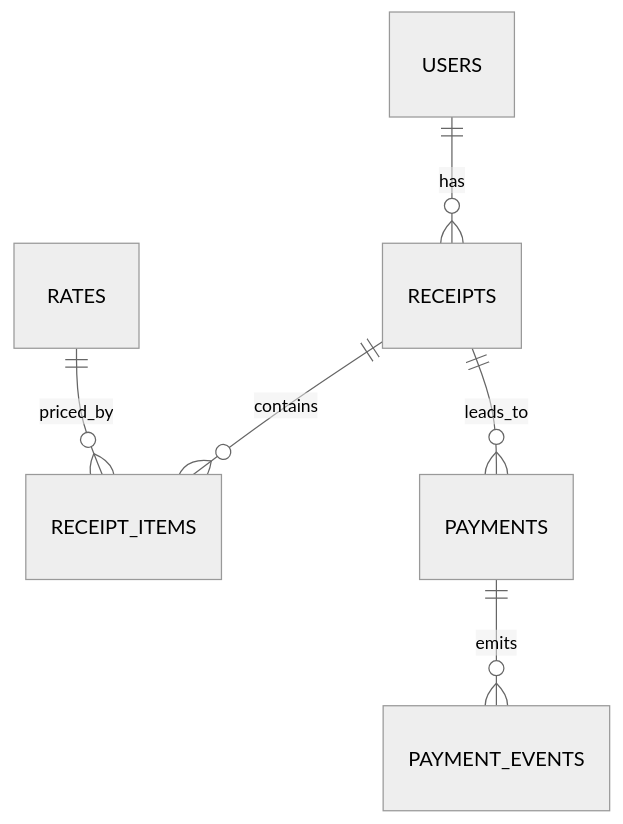
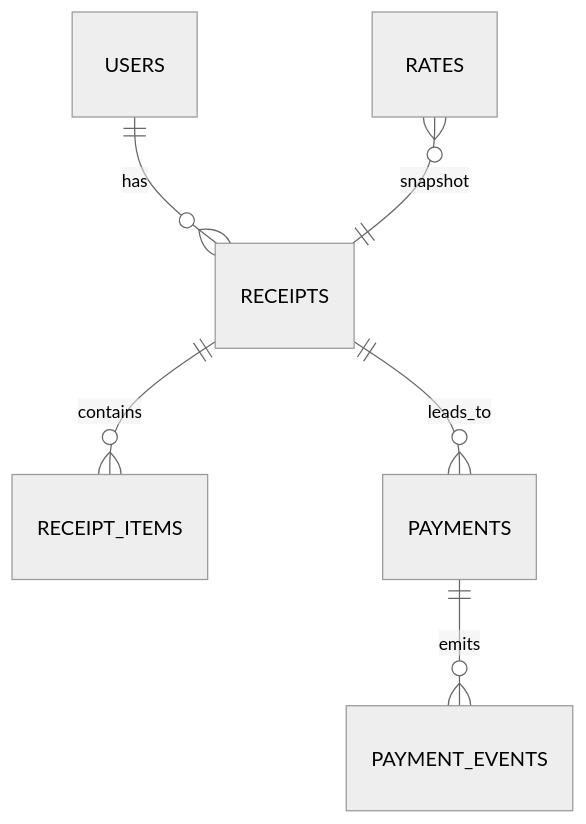
One commit to Purinat33/hpc_flask changed the fourth of 4 diagrams in docs/03-data-model.md. Above: the diagram before and after it, drawn with Mermaid (neutral theme). The commit also changed other lines of this file, not shown here.

````diff
--- a/docs/03-data-model.md
+++ b/docs/03-data-model.md
@@ -327,8 +347,8 @@
 ```mermaid
 erDiagram
   USERS ||--o{ RECEIPTS : has
   RECEIPTS ||--o{ RECEIPT_ITEMS : contains
   RECEIPTS ||--o{ PAYMENTS : leads_to
   PAYMENTS ||--o{ PAYMENT_EVENTS : emits
-  RATES ||--o{ RECEIPT_ITEMS : priced_by
+  RATES }o--|| RECEIPTS : snapshot
 ```
````
